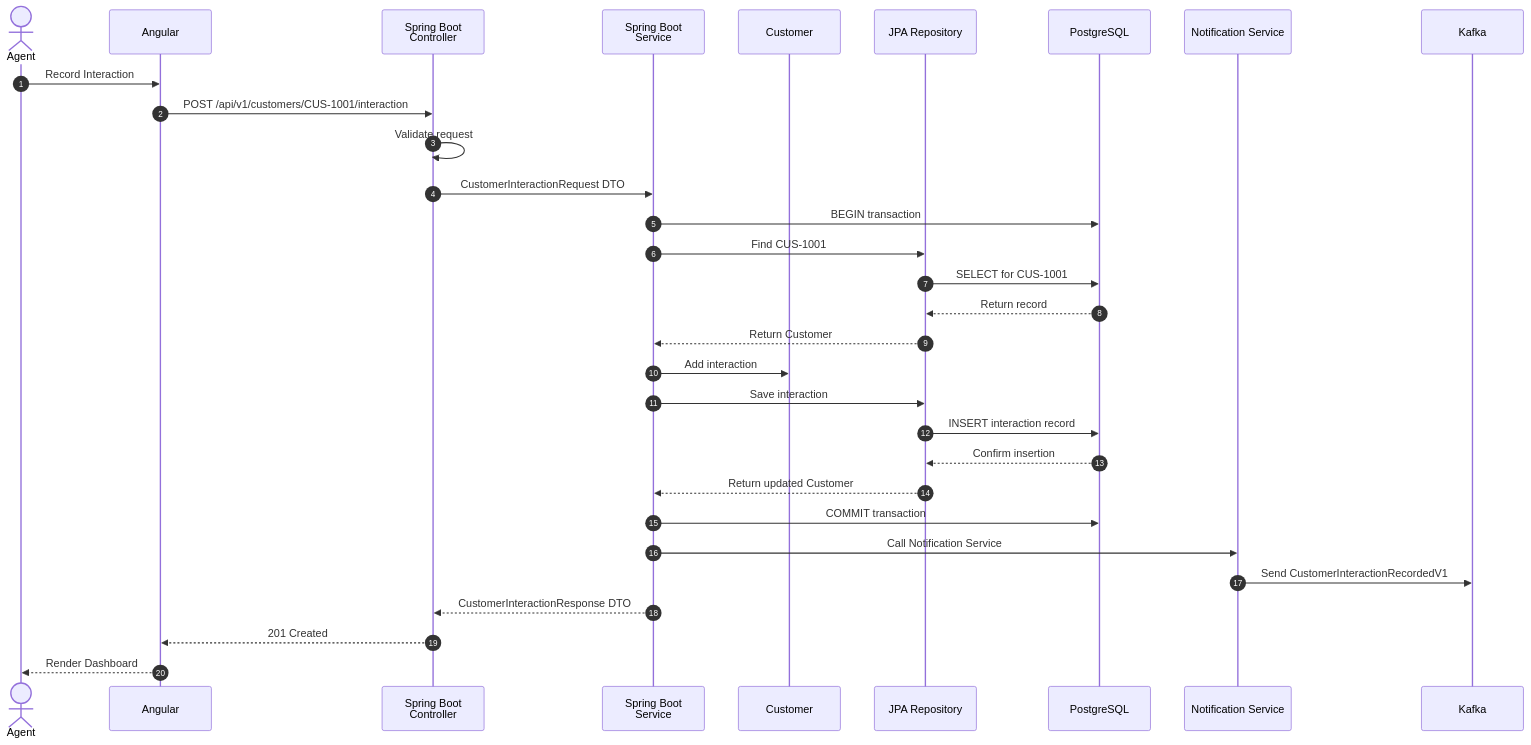
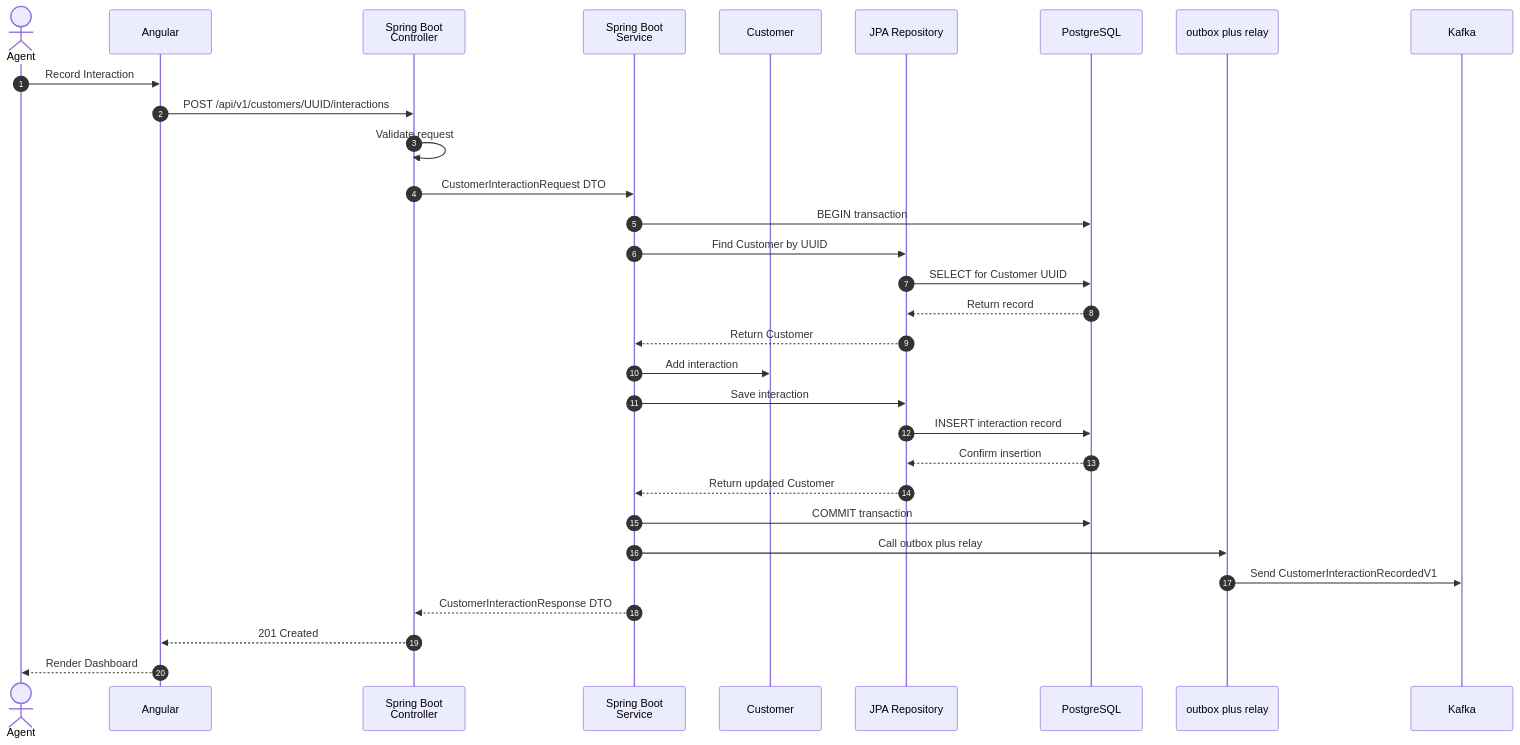
One commit to ezeKemm/2026-bootcamp-capstone changed the first of 6 diagrams in docs/architecture/application-diagrams.md. Above: the diagram before and after it, drawn with Mermaid. The commit also changed other lines of this file and 12 other files, not shown here.

````diff
--- a/docs/architecture/application-diagrams.md
+++ b/docs/architecture/application-diagrams.md
@@ -6,34 +6,34 @@
 ```mermaid
 sequenceDiagram
     actor User as Agent
     participant Client as Angular
     participant Controller as Spring Boot<br/>Controller
     participant Service as Spring Boot<br/>Service
     participant Domain as Customer
     participant Repo as JPA Repository
     participant DB as PostgreSQL
-    participant Notif as Notification Service
+    participant Notif as outbox plus relay
     participant Kafka
     autonumber
 
     User->>Client: Record Interaction
-    Client->>Controller: POST /api/v1/customers/CUS-1001/interaction
+    Client->>Controller: POST /api/v1/customers/UUID/interactions
     Controller->>Controller: Validate request
     Controller->>Service: CustomerInteractionRequest DTO
     Service->>DB: BEGIN transaction
-    Service->>Repo: Find CUS-1001
-    Repo->>DB: SELECT for CUS-1001
+    Service->>Repo: Find Customer by UUID
+    Repo->>DB: SELECT for Customer UUID
     DB-->>Repo: Return record
     Repo-->>Service: Return Customer
     Service->>Domain: Add interaction
     Service->>Repo: Save interaction
     Repo->>DB: INSERT interaction record
     DB-->>Repo: Confirm insertion
     Repo-->>Service: Return updated Customer
     Service->>DB: COMMIT transaction
-    Service->>Notif: Call Notification Service
+    Service->>Notif: Call outbox plus relay
     Notif->>Kafka: Send CustomerInteractionRecordedV1
     Service-->>Controller: CustomerInteractionResponse DTO
     Controller-->>Client: 201 Created
     Client-->>User: Render Dashboard
 ```
````
